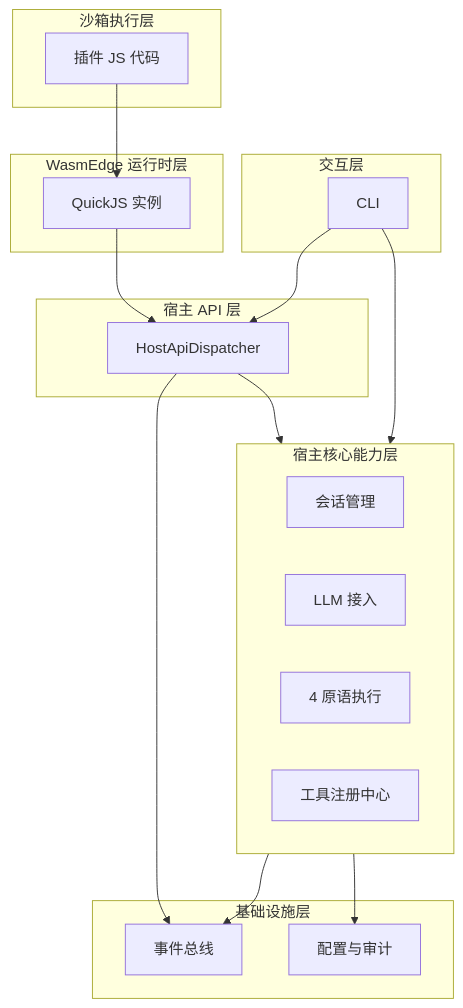
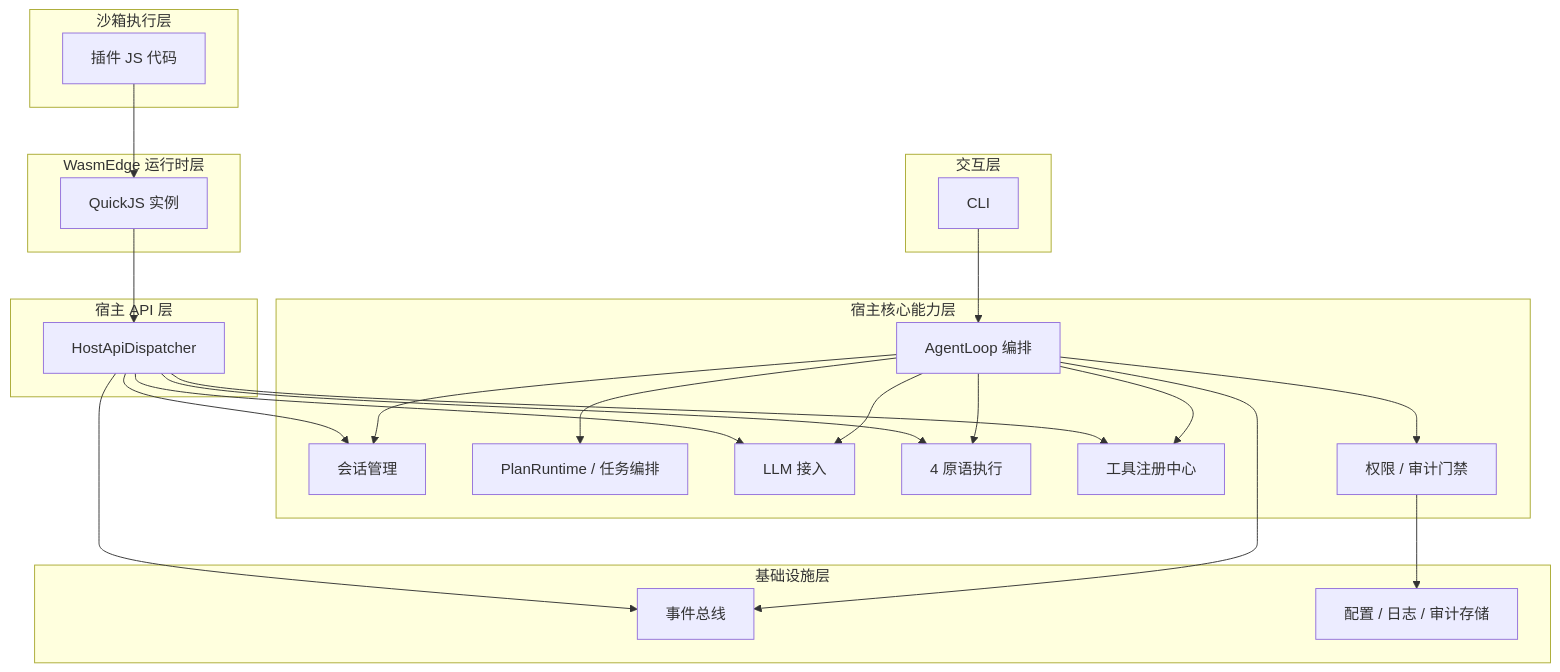
The first of 2 diagrams in tomcat/docs/architecture/project-overview-panorama.md (teisun/tomcat-agent), drawn with Mermaid before and after one commit. The commit also changed other lines of this file and 37 other files, not shown here.

````diff
--- a/tomcat/docs/architecture/project-overview-panorama.md
+++ b/tomcat/docs/architecture/project-overview-panorama.md
@@ -40,33 +40,44 @@
 ```mermaid
 flowchart TB
   subgraph interaction [交互层]
     CLI[CLI]
   end
   subgraph sandbox [沙箱执行层]
     PluginCode[插件 JS 代码]
   end
   subgraph wasmedge [WasmEdge 运行时层]
     QuickJS[QuickJS 实例]
   end
   subgraph hostApi [宿主 API 层]
     Dispatcher[HostApiDispatcher]
   end
   subgraph hostCore [宿主核心能力层]
+    Loop[AgentLoop 编排]
     Session[会话管理]
+    Plan[PlanRuntime / 任务编排]
     LLM[LLM 接入]
     Primitive[4 原语执行]
     Tools[工具注册中心]
+    Permission[权限 / 审计门禁]
   end
   subgraph infra [基础设施层]
     EventBus[事件总线]
-    Config[配置与审计]
+    Config[配置 / 日志 / 审计存储]
   end
-  CLI --> Dispatcher
-  CLI --> hostCore
+  CLI --> Loop
   PluginCode --> QuickJS
   QuickJS --> Dispatcher
-  Dispatcher --> hostCore
+  Dispatcher --> Session
+  Dispatcher --> LLM
+  Dispatcher --> Primitive
+  Dispatcher --> Tools
   Dispatcher --> EventBus
-  hostCore --> EventBus
-  hostCore --> Config
+  Loop --> Session
+  Loop --> Plan
+  Loop --> LLM
+  Loop --> Tools
+  Loop --> Primitive
+  Loop --> Permission
+  Loop --> EventBus
+  Permission --> Config
 ```
````
